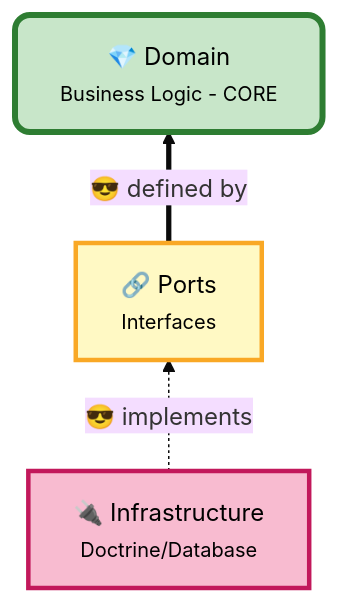
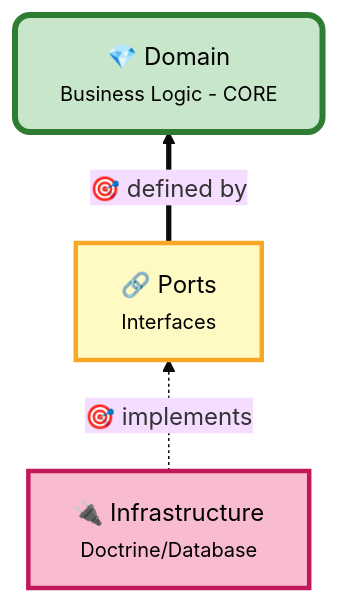
Before and after one commit to ahmed-bhs/hexagonal-maker-bundle: the second of 4 diagrams in WHY-HEXAGONAL.md, drawn with Mermaid. The commit also changed other lines of this file and 5 other files, not shown here.

````diff
--- a/WHY-HEXAGONAL.md
+++ b/WHY-HEXAGONAL.md
@@ -166,14 +166,14 @@
 ```mermaid
 %%{init: {'theme':'base', 'themeVariables': { 'fontSize':'16px'}}}%%
 graph BT
     C["🔌 Infrastructure<br/><small>Doctrine/Database</small>"]
     B["🔗 Ports<br/><small>Interfaces</small>"]
     A["💎 Domain<br/><small>Business Logic - CORE</small>"]
 
-    C -.->|"😎 implements"| B
-    B ==>|"😎 defined by"| A
+    C -.->|"🎯 implements"| B
+    B ==>|"🎯 defined by"| A
 
     style A fill:#C8E6C9,stroke:#2E7D32,stroke-width:4px,color:#000,rx:10,ry:10
     style B fill:#FFF9C4,stroke:#F9A825,stroke-width:3px,color:#000
     style C fill:#F8BBD0,stroke:#C2185B,stroke-width:3px,color:#000
 ```
````
